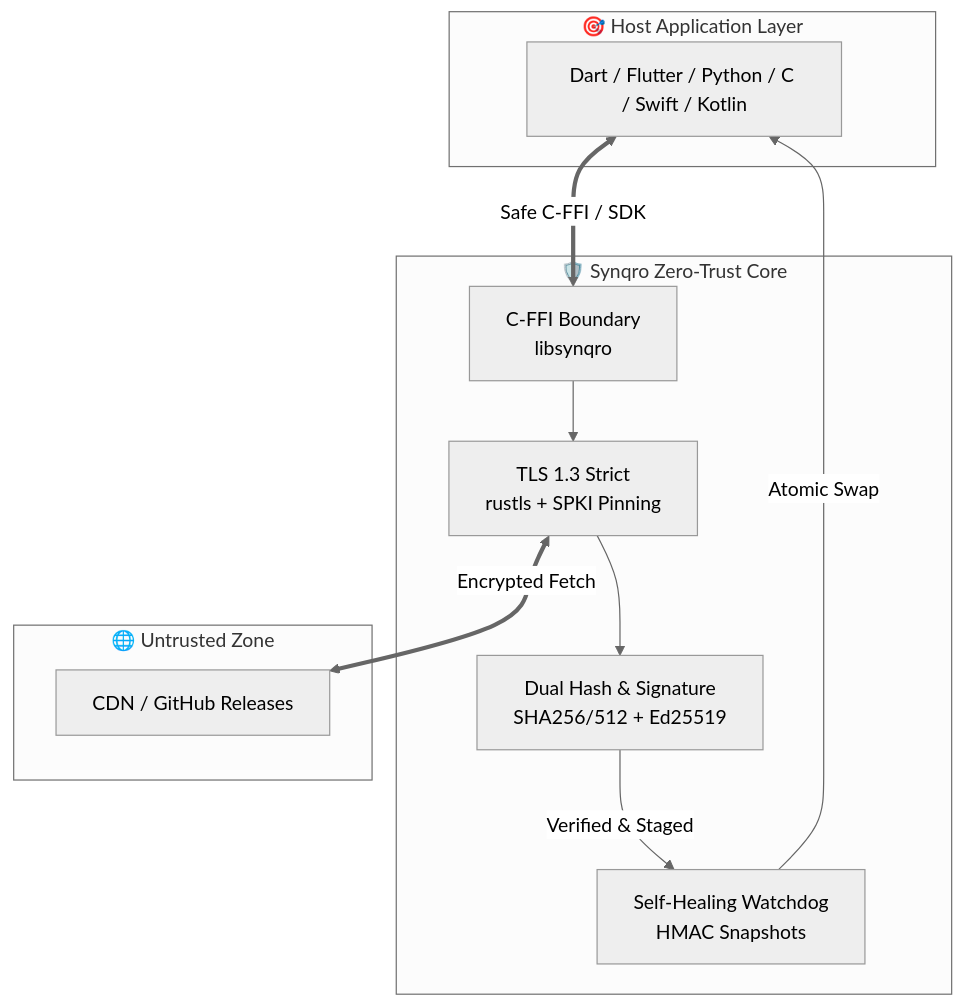
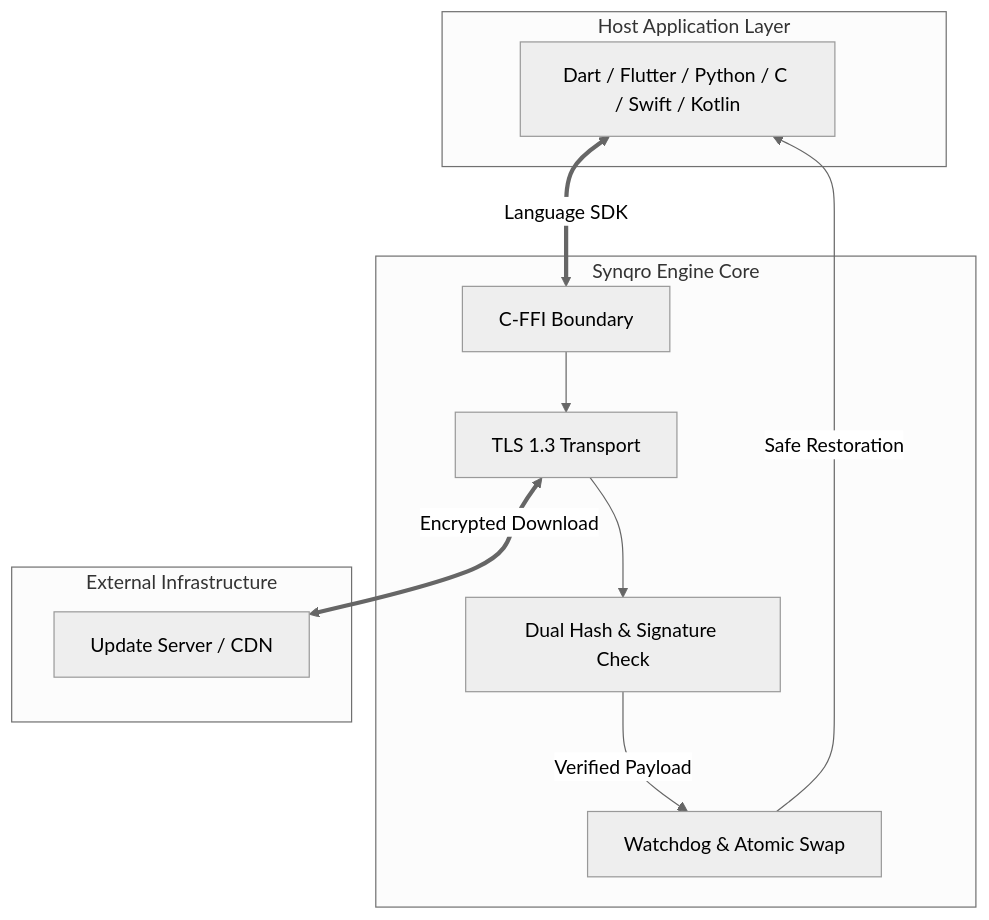
One commit to MrGuevar4/synqro changed the diagram in README.md. Above: the diagram before and after it, drawn with Mermaid (neutral theme). The commit also changed other lines of this file, not shown here.

````diff
--- a/README.md
+++ b/README.md
@@ -28,24 +27,24 @@
 ```mermaid
 graph TD
-    subgraph Host Application [🎯 Host Application Layer]
+    subgraph Host Application Layer
         APP[Dart / Flutter / Python / C / Swift / Kotlin]
     end
 
-    subgraph Synqro Engine [🛡️ Synqro Zero-Trust Core]
-        FFI[C-FFI Boundary<br/>libsynqro]
-        TLS[TLS 1.3 Strict<br/>rustls + SPKI Pinning]
-        CRYPTO[Dual Hash & Signature<br/>SHA256/512 + Ed25519]
-        ROLLBACK[Self-Healing Watchdog<br/>HMAC Snapshots]
+    subgraph Synqro Engine Core
+        FFI[C-FFI Boundary]
+        TLS[TLS 1.3 Transport]
+        VERIFY[Dual Hash & Signature Check]
+        ROLLBACK[Watchdog & Atomic Swap]
     end
 
-    subgraph Untrusted Network [🌐 Untrusted Zone]
-        CDN[CDN / GitHub Releases]
+    subgraph External Infrastructure
+        CDN[Update Server / CDN]
     end
 
-    APP <==>|Safe C-FFI / SDK| FFI
+    APP <==>|Language SDK| FFI
     FFI --> TLS
-    TLS <==>|Encrypted Fetch| CDN
-    TLS --> CRYPTO
-    CRYPTO -->|Verified & Staged| ROLLBACK
-    ROLLBACK -->|Atomic Swap| APP
+    TLS <==>|Encrypted Download| CDN
+    TLS --> VERIFY
+    VERIFY -->|Verified Payload| ROLLBACK
+    ROLLBACK -->|Safe Restoration| APP
 ```
````
